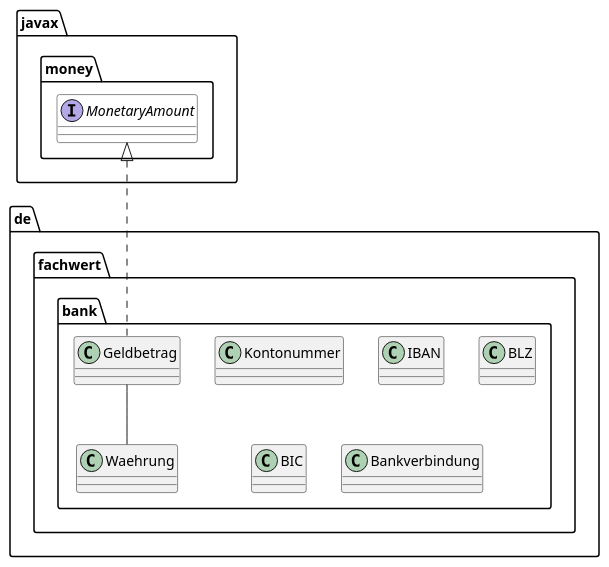
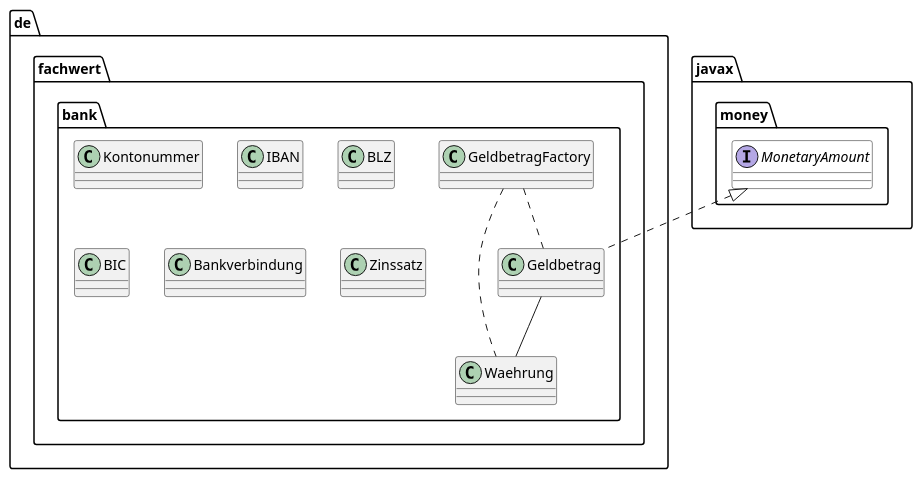
The diagram in src/main/asciidoc/images/package-bank.puml (oboehm/jfachwert), drawn with PlantUML before and after one commit. The commit also changed 7 other files, not shown here.

```diff
--- a/src/main/asciidoc/images/package-bank.puml
+++ b/src/main/asciidoc/images/package-bank.puml
@@ -1,20 +1,24 @@
 @startuml
 
 package "de.fachwert.bank" {
 
     class Kontonummer
     class IBAN
     class BLZ
     class BIC
     class Bankverbindung
     class Geldbetrag
+    class GeldbetragFactory
     class Waehrung
+    class Zinssatz
 
 }
 
 interface javax.money.MonetaryAmount #white
 
 javax.money.MonetaryAmount <|.. Geldbetrag
 Geldbetrag -- Waehrung
+GeldbetragFactory .. Geldbetrag
+GeldbetragFactory .. Waehrung
 
 @enduml
```
